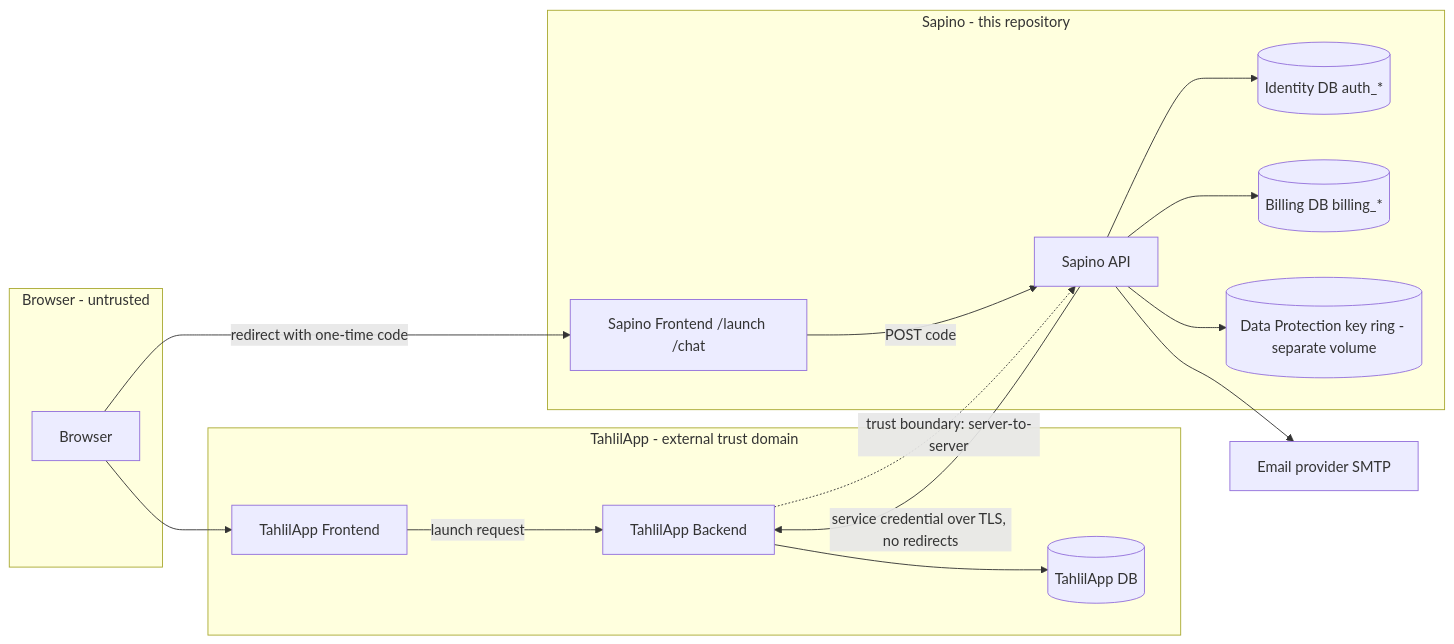
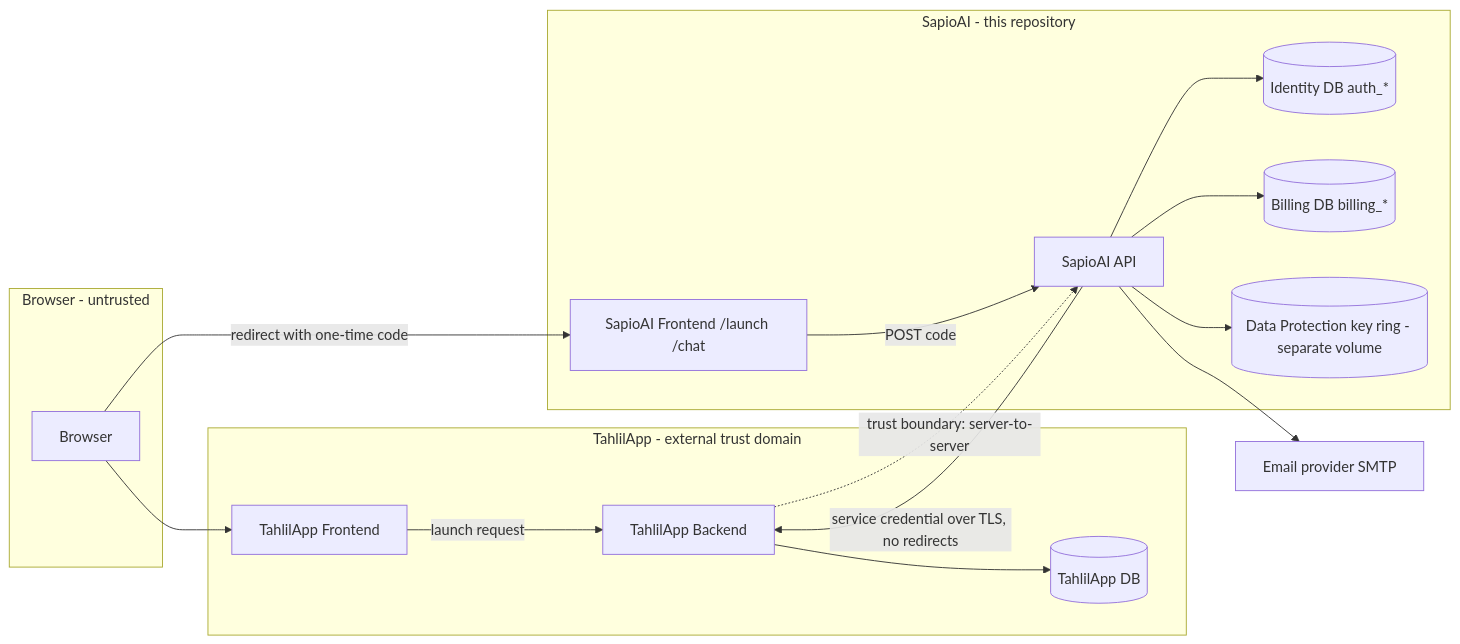
One commit to Rayan1392/financial-copilot changed the second of 7 diagrams in specs/139-tahlilapp-session-exchange/Design.md. Above: the diagram before and after it, drawn with Mermaid. The commit also changed other lines of this file and 59 other files, not shown here.

````diff
--- a/specs/139-tahlilapp-session-exchange/Design.md
+++ b/specs/139-tahlilapp-session-exchange/Design.md
@@ -712,31 +712,31 @@
 ```mermaid
 flowchart LR
     subgraph Browser_Zone[Browser - untrusted]
         B[Browser]
     end
     subgraph TahlilApp_Zone[TahlilApp - external trust domain]
         TF[TahlilApp Frontend]
         TB[TahlilApp Backend]
         TDB[(TahlilApp DB)]
     end
-    subgraph Sapino_Zone[Sapino - this repository]
-        SF[Sapino Frontend /launch /chat]
-        SA[Sapino API]
+    subgraph SapioAI_Zone[SapioAI - this repository]
+        SF[SapioAI Frontend /launch /chat]
+        SA[SapioAI API]
         IDB[(Identity DB auth_*)]
         BDB[(Billing DB billing_*)]
         KR[(Data Protection key ring - separate volume)]
     end
     MAIL[Email provider SMTP]
 
     B --> TF
     TF -->|launch request| TB
     TB --> TDB
     B -->|redirect with one-time code| SF
     SF -->|POST code| SA
     SA -->|service credential over TLS, no redirects| TB
     SA --> IDB
     SA --> BDB
     SA --> KR
     SA --> MAIL
     TB -.->|trust boundary: server-to-server| SA
 ```
````
